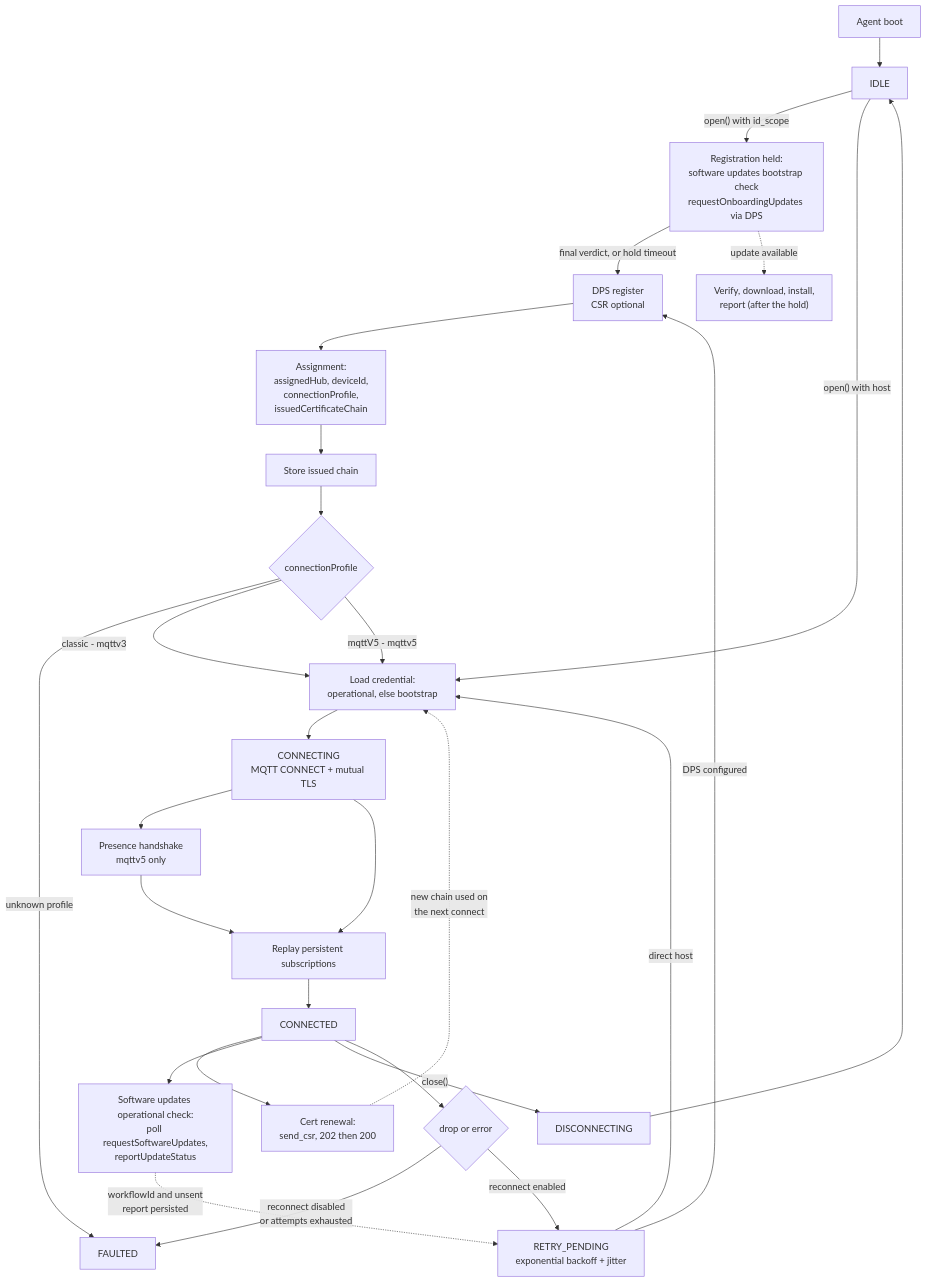
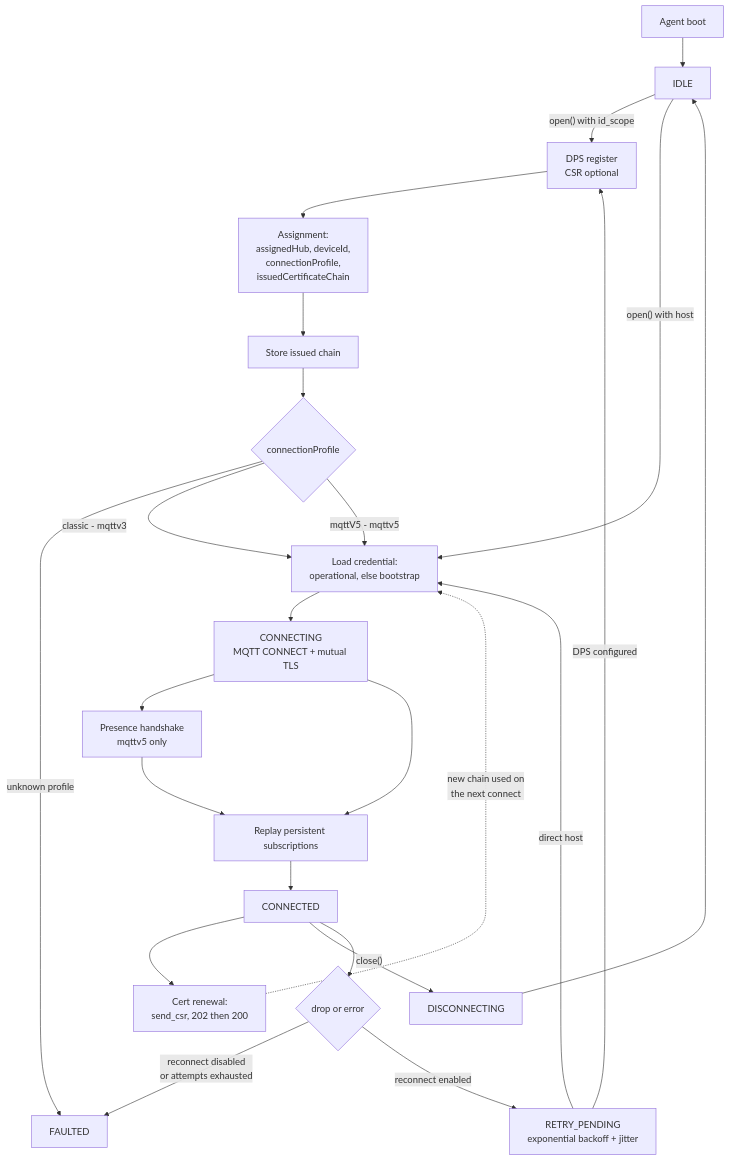
Before and after one commit to Azure/azure-iot-sdk: the seventh of 7 diagrams in c/docs/eng/connection.md, drawn with Mermaid. The commit also changed other lines of this file and 18 other files, not shown here.

````diff
--- a/c/docs/eng/connection.md
+++ b/c/docs/eng/connection.md
@@ -647,34 +488,30 @@
 ```mermaid
 flowchart TB
     BOOT["Agent boot"] --> IDLE["IDLE"]
-    IDLE -->|"open() with id_scope"| BCHK["Registration held:<br/>software updates bootstrap check<br/>requestOnboardingUpdates via DPS"]
-    BCHK -->|"final verdict, or hold timeout"| REG["DPS register<br/>CSR optional"]
-    BCHK -.->|"update available"| BINST["Verify, download, install,<br/>report (after the hold)"]
+    IDLE -->|"open() with id_scope"| REG["DPS register<br/>CSR optional"]
     IDLE -->|"open() with host"| CRED
 
     REG --> ASSIGN["Assignment:<br/>assignedHub, deviceId,<br/>connectionProfile,<br/>issuedCertificateChain"]
     ASSIGN --> STORE1["Store issued chain"]
     STORE1 --> PROFILE{"connectionProfile"}
 
     PROFILE -->|"unknown profile"| FAULTED
     PROFILE -->|"classic - mqttv3"| CRED
     PROFILE -->|"mqttV5 - mqttv5"| CRED["Load credential:<br/>operational, else bootstrap"]
 
     CRED --> CONNECTING["CONNECTING<br/>MQTT CONNECT + mutual TLS"]
     CONNECTING --> BIRTH["Presence handshake<br/>mqttv5 only"]
     BIRTH --> SUBS["Replay persistent subscriptions"]
     CONNECTING --> SUBS
     SUBS --> CONNECTED["CONNECTED"]
 
     CONNECTED --> CRENEW["Cert renewal:<br/>send_csr, 202 then 200"]
     CRENEW -.->|"new chain used on<br/>the next connect"| CRED
-    CONNECTED --> ARENEW["Software updates operational check:<br/>poll requestSoftwareUpdates,<br/>reportUpdateStatus"]
 
     CONNECTED -->|"close()"| DISC["DISCONNECTING"] --> IDLE
     CONNECTED --> DROP{"drop or error"}
     DROP -->|"reconnect disabled<br/>or attempts exhausted"| FAULTED["FAULTED"]
     DROP -->|"reconnect enabled"| RECON["RETRY_PENDING<br/>exponential backoff + jitter"]
     RECON -->|"DPS configured"| REG
     RECON -->|"direct host"| CRED
-    ARENEW -.->|"workflowId and unsent<br/>report persisted"| RECON
 ```
````
